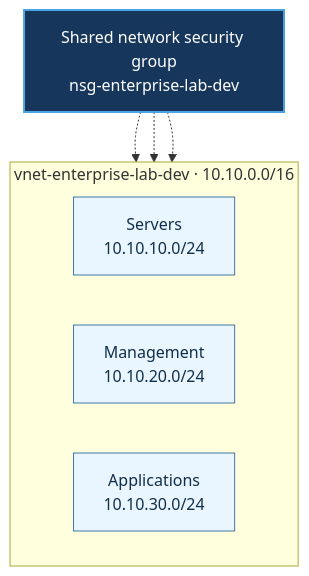
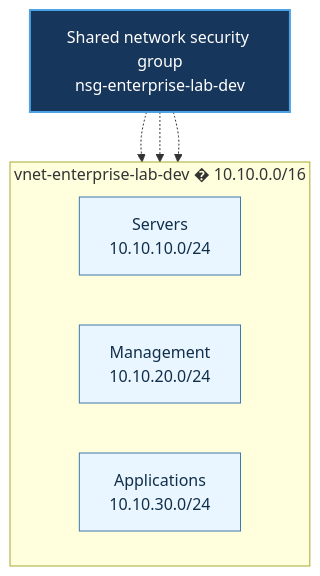
Before and after one commit to robcorbisiero/azure-enterprise-infrastructure-lab: the diagram in README.md, drawn with Mermaid. The commit also changed other lines of this file and 6 other files, not shown here.

````diff
--- a/README.md
+++ b/README.md
@@ -13,17 +13,17 @@
 ```mermaid
 flowchart TB
     NSG["Shared network security group<br/>nsg-enterprise-lab-dev"]
-    subgraph VNET["vnet-enterprise-lab-dev · 10.10.0.0/16"]
+    subgraph VNET["vnet-enterprise-lab-dev � 10.10.0.0/16"]
         direction LR
         SERVERS["Servers<br/>10.10.10.0/24"]
         MGMT["Management<br/>10.10.20.0/24"]
         APPS["Applications<br/>10.10.30.0/24"]
     end
     NSG -.-> SERVERS
     NSG -.-> MGMT
     NSG -.-> APPS
     classDef security fill:#17365b,stroke:#4ba3e3,color:#fff,stroke-width:2px
     classDef subnet fill:#e9f5ff,stroke:#3d79a8,color:#102f4a,stroke-width:1px
     class NSG security
     class SERVERS,MGMT,APPS subnet
 ```
````
